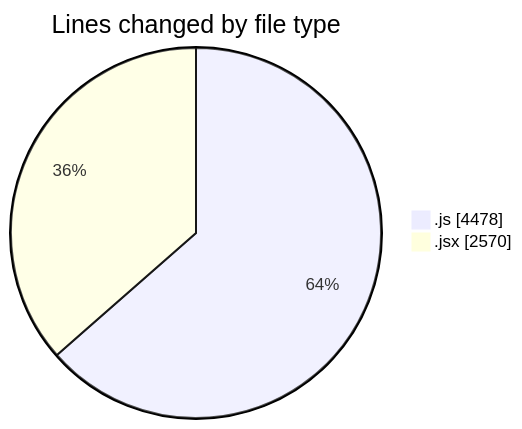
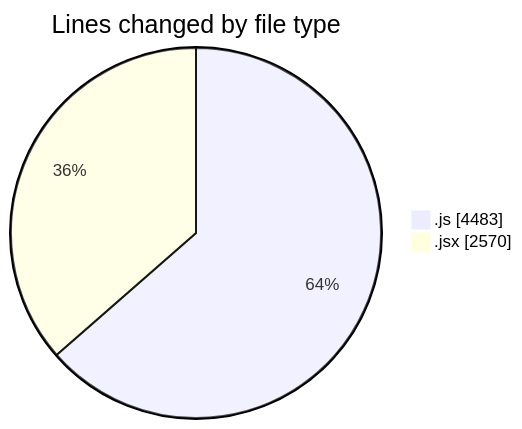
The first of 2 diagrams in 2025-08-13/nxtqube_webapp/README.md (nxtqubesakshisongat/code-tracking), drawn with Mermaid before and after one commit. The commit also changed other lines of this file and 1 other file, not shown here.

````diff
--- a/2025-08-13/nxtqube_webapp/README.md
+++ b/2025-08-13/nxtqube_webapp/README.md
@@ -26,6 +26,6 @@
 ```mermaid
 pie showData
 title Lines changed by file type
-".js" : 4478
+".js" : 4483
 ".jsx" : 2570
 ```
````
